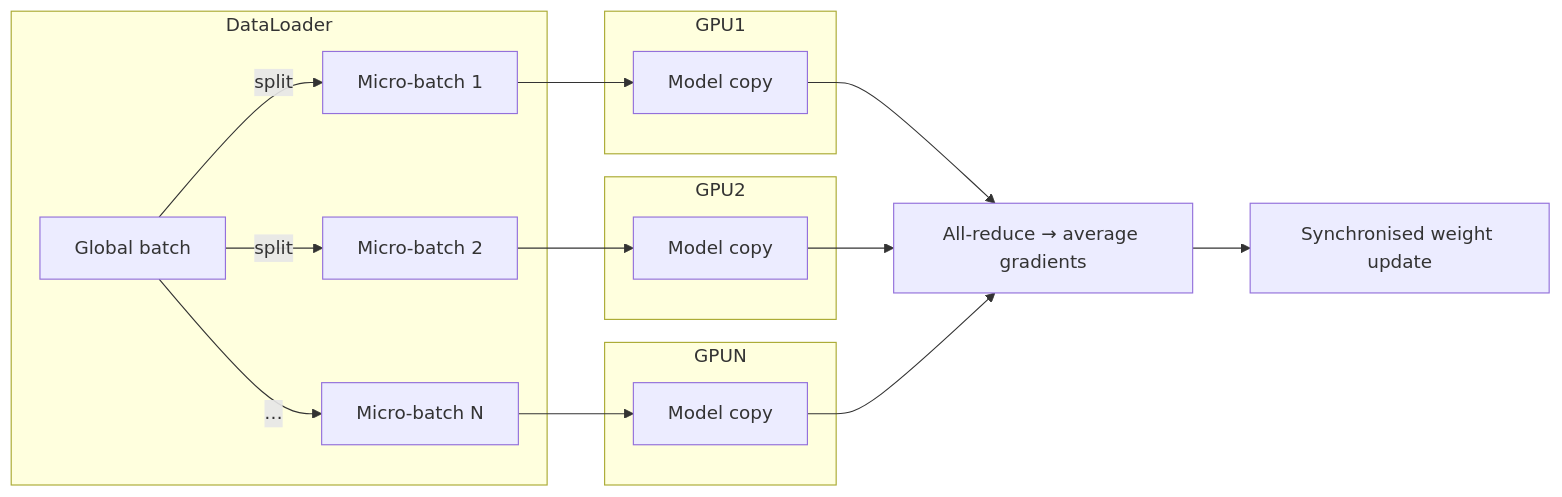
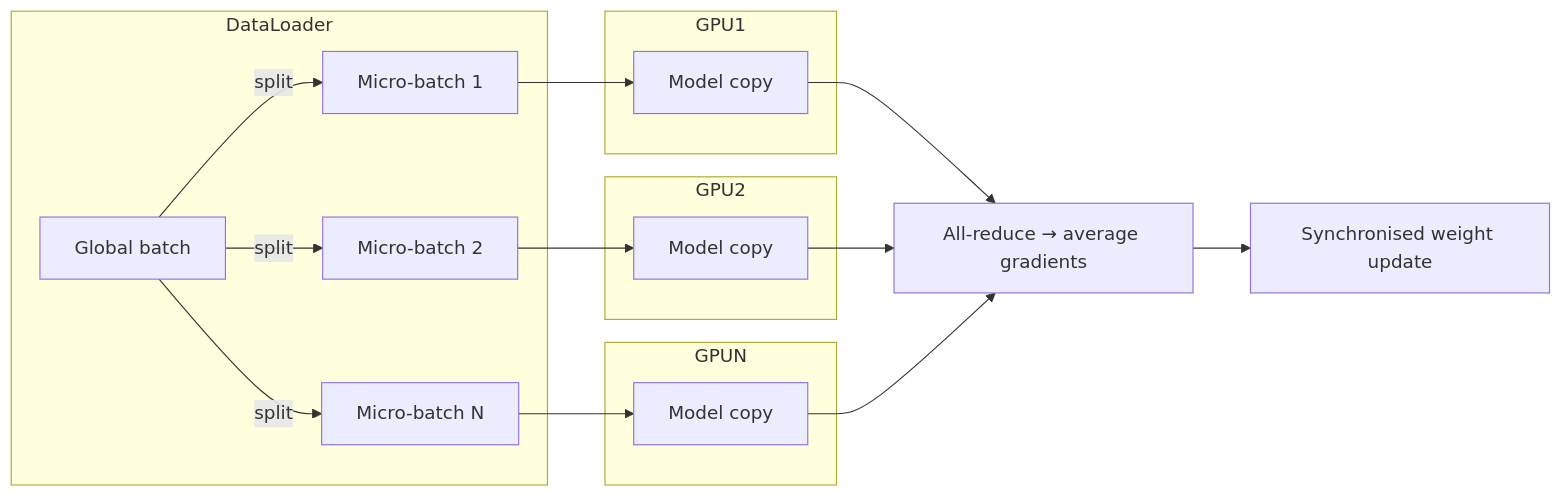
The first of 7 diagrams in docs/blog/posts/2025-04-28-scaling-llms.md (slavadubrov/notes), drawn with Mermaid before and after one commit. The commit also changed other lines of this file, not shown here.

````diff
--- a/docs/blog/posts/2025-04-28-scaling-llms.md
+++ b/docs/blog/posts/2025-04-28-scaling-llms.md
@@ -30,19 +30,19 @@
 ```mermaid
 flowchart LR
     subgraph DataLoader
-        D[Global batch] --> |split| MB1[Micro‑batch 1]
-        D --> |split| MB2[Micro‑batch 2]
-        D --> |…| MBN[Micro‑batch N]
+        D[Global batch] --> |split| MB1[Micro-batch 1]
+        D[Global batch] --> |split| MB2[Micro-batch 2]
+        D[Global batch] --> |split| MBN[Micro-batch N]
     end
     subgraph GPU1
-        MB1 --> M1[Model copy]
+        MB1[Micro-batch 1] --> M1[Model copy]
     end
     subgraph GPU2
-        MB2 --> M2[Model copy]
+        MB2[Micro-batch 2] --> M2[Model copy]
     end
     subgraph GPUN
-        MBN --> MN[Model copy]
+        MBN[Micro-batch N] --> MN[Model copy]
     end
-    M1 & M2 & MN --> G[All‑reduce → average gradients]
-    G --> U[Synchronised weight update]
+    M1[Model copy] & M2[Model copy] & MN[Model copy] --> G[All-reduce → average gradients]
+    G[All-reduce → average gradients] --> U[Synchronised weight update]
 ```
````
